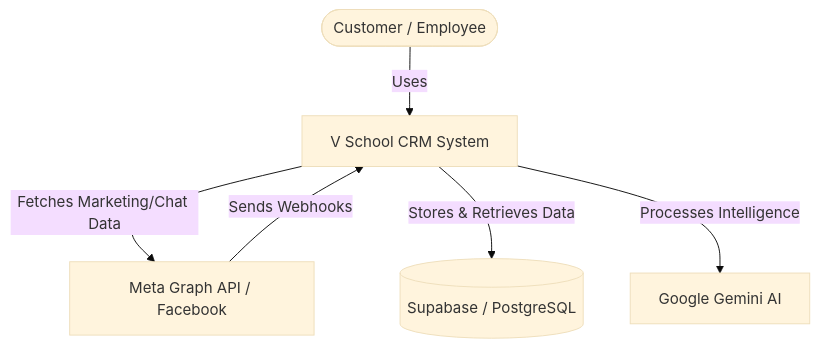
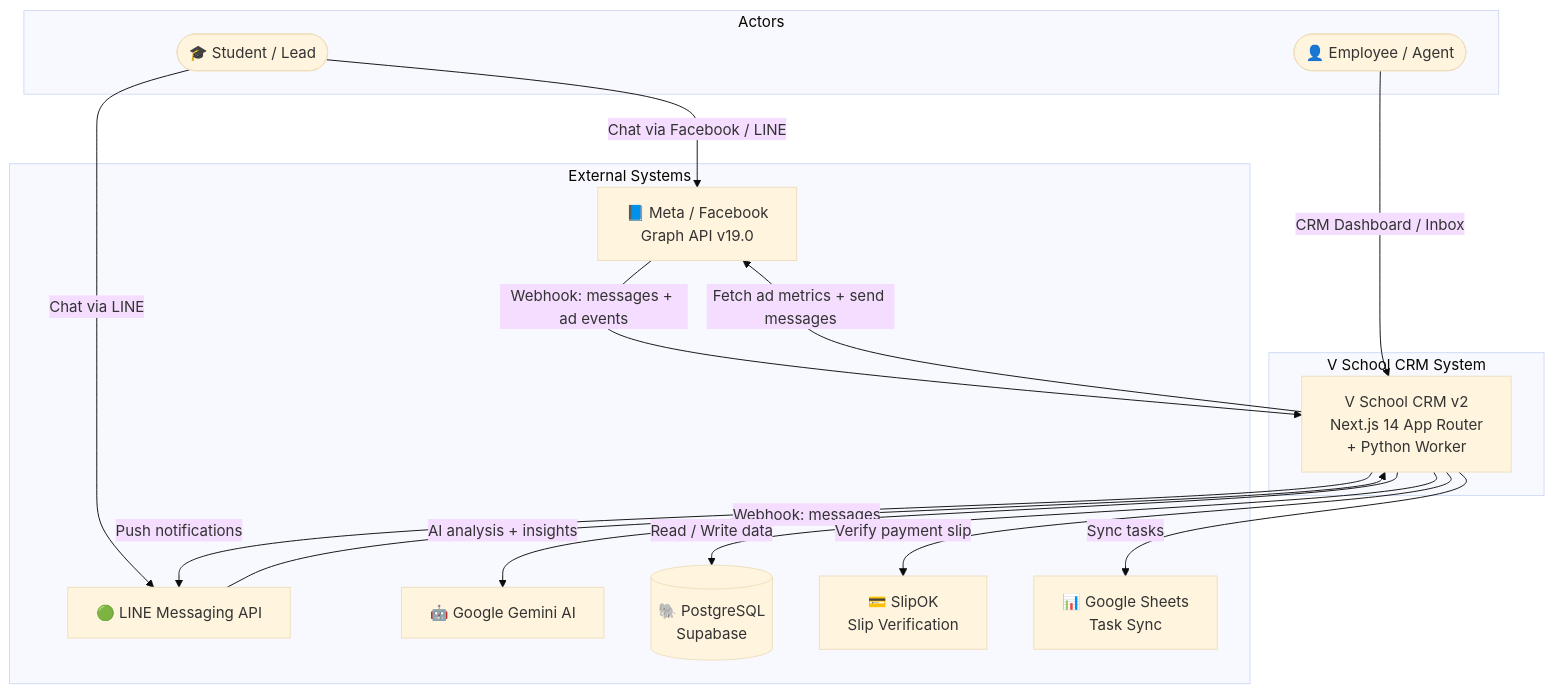
One commit to Freshair129/crmapp changed the first of 6 diagrams in docs/architecture/arc42-main.md. Above: the diagram before and after it, drawn with Mermaid (base theme). The commit also changed other lines of this file and 18 other files, not shown here.

````diff
--- a/docs/architecture/arc42-main.md
+++ b/docs/architecture/arc42-main.md
@@ -31,14 +32,34 @@
 ```mermaid
-graph TD
-    User([Customer / Employee])
-    System[V School CRM System]
-    Meta[Meta Graph API / Facebook]
-    Supabase[(Supabase / PostgreSQL)]
-    Gemini[Google Gemini AI]
+graph TB
+    subgraph Actors
+        Student([🎓 Student / Lead])
+        Employee([👤 Employee / Agent])
+    end
 
-    User -->|Uses| System
-    System -->|Fetches Marketing/Chat Data| Meta
-    System -->|Stores & Retrieves Data| Supabase
-    System -->|Processes Intelligence| Gemini
-    Meta -->|Sends Webhooks| System
+    subgraph VSchool_CRM [V School CRM System]
+        CRM[V School CRM v2\nNext.js 14 App Router\n+ Python Worker]
+    end
+
+    subgraph External_Systems [External Systems]
+        Meta[📘 Meta / Facebook\nGraph API v19.0]
+        LINE[🟢 LINE Messaging API]
+        Gemini[🤖 Google Gemini AI]
+        Supabase[(🐘 PostgreSQL\nSupabase)]
+        SlipOK[💳 SlipOK\nSlip Verification]
+        Sheets[📊 Google Sheets\nTask Sync]
+    end
+
+    Student -->|Chat via Facebook / LINE| Meta
+    Student -->|Chat via LINE| LINE
+    Employee -->|CRM Dashboard / Inbox| CRM
+
+    Meta -->|Webhook: messages + ad events| CRM
+    LINE -->|Webhook: messages| CRM
+
+    CRM -->|Fetch ad metrics + send messages| Meta
+    CRM -->|Push notifications| LINE
+    CRM -->|AI analysis + insights| Gemini
+    CRM -->|Read / Write data| Supabase
+    CRM -->|Verify payment slip| SlipOK
+    CRM -->|Sync tasks| Sheets
 ```
````
